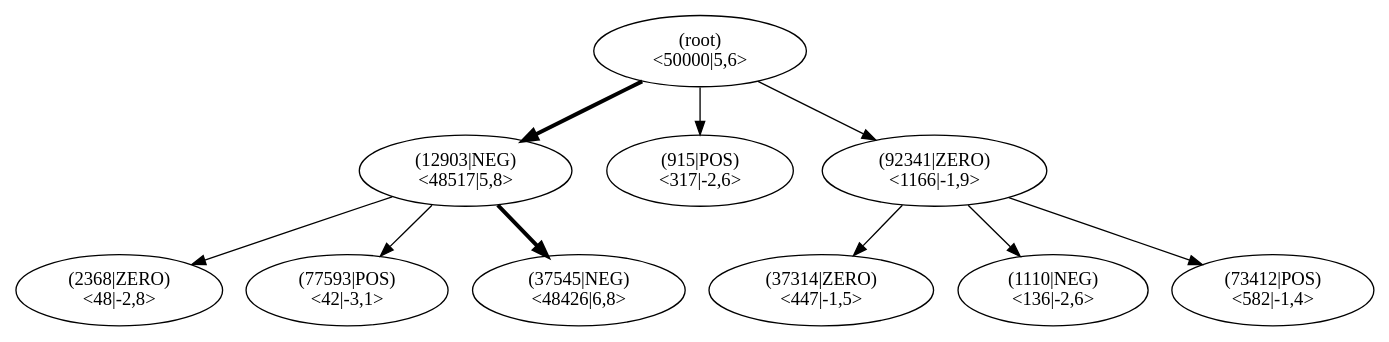
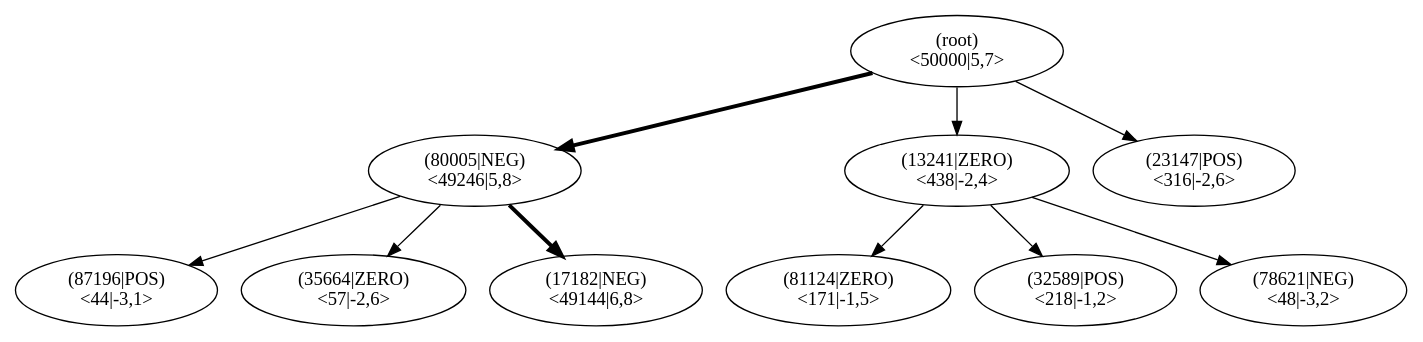
One commit to JonasHellgren/relexp-java changed the diagram in pictures/ch13/lane_test_mcts.dot. Above: the diagram before and after it, drawn with Graphviz. The commit also changed 18 other files, not shown here.

```diff
--- a/pictures/ch13/lane_test_mcts.dot
+++ b/pictures/ch13/lane_test_mcts.dot
@@ -1,32 +1,32 @@
 digraph MCTS {
 node [shape=ellipse];
 Nroot [label="(root)
-<50000|5,6>"];
-Nroot -> N12903[penwidth=3];
-N12903 [label="(12903|NEG)
-<48517|5,8>"];
-N12903 -> N2368[penwidth=1];
-N2368 [label="(2368|ZERO)
-<48|-2,8>"];
-N12903 -> N77593[penwidth=1];
-N77593 [label="(77593|POS)
-<42|-3,1>"];
-N12903 -> N37545[penwidth=3];
-N37545 [label="(37545|NEG)
-<48426|6,8>"];
-Nroot -> N915[penwidth=1];
-N915 [label="(915|POS)
-<317|-2,6>"];
-Nroot -> N92341[penwidth=1];
-N92341 [label="(92341|ZERO)
-<1166|-1,9>"];
-N92341 -> N37314[penwidth=1];
-N37314 [label="(37314|ZERO)
-<447|-1,5>"];
-N92341 -> N1110[penwidth=1];
-N1110 [label="(1110|NEG)
-<136|-2,6>"];
-N92341 -> N73412[penwidth=1];
-N73412 [label="(73412|POS)
-<582|-1,4>"];
+<50000|5,7>"];
+Nroot -> N80005[penwidth=3];
+N80005 [label="(80005|NEG)
+<49246|5,8>"];
+N80005 -> N87196[penwidth=1];
+N87196 [label="(87196|POS)
+<44|-3,1>"];
+N80005 -> N35664[penwidth=1];
+N35664 [label="(35664|ZERO)
+<57|-2,6>"];
+N80005 -> N17182[penwidth=3];
+N17182 [label="(17182|NEG)
+<49144|6,8>"];
+Nroot -> N13241[penwidth=1];
+N13241 [label="(13241|ZERO)
+<438|-2,4>"];
+N13241 -> N81124[penwidth=1];
+N81124 [label="(81124|ZERO)
+<171|-1,5>"];
+N13241 -> N32589[penwidth=1];
+N32589 [label="(32589|POS)
+<218|-1,2>"];
+N13241 -> N78621[penwidth=1];
+N78621 [label="(78621|NEG)
+<48|-3,2>"];
+Nroot -> N23147[penwidth=1];
+N23147 [label="(23147|POS)
+<316|-2,6>"];
 }
```
